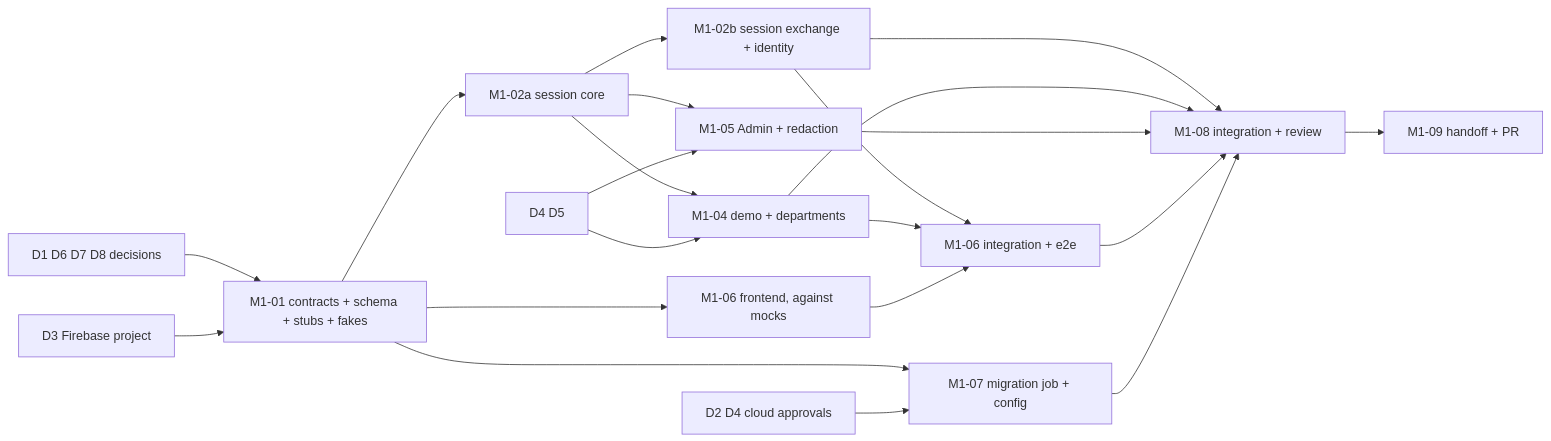
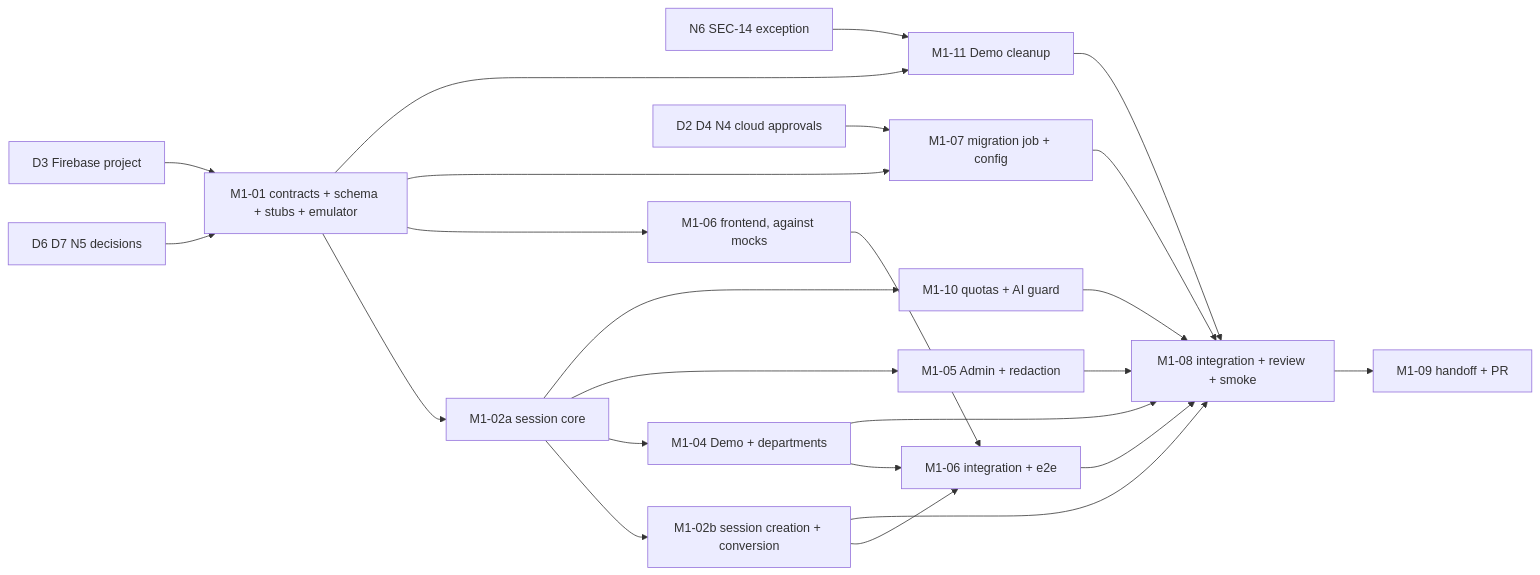
The diagram in docs/milestones/M1/plan.md (BarakTubul/KnowServe), drawn with Mermaid before and after one commit. The commit also changed other lines of this file and 13 other files, not shown here.

````diff
--- a/docs/milestones/M1/plan.md
+++ b/docs/milestones/M1/plan.md
@@ -94,23 +169,26 @@
 ```mermaid
 graph LR
-  D[D1 D6 D7 D8 decisions] --> T01[M1-01 contracts + schema + stubs + fakes]
+  D[D6 D7 N5 decisions] --> T01[M1-01 contracts + schema + stubs + emulator]
   D3[D3 Firebase project] --> T01
+  N6[N6 SEC-14 exception] --> T11
   T01 --> T02a[M1-02a session core]
   T01 --> T06[M1-06 frontend, against mocks]
   T01 --> T07[M1-07 migration job + config]
-  D2[D2 D4 cloud approvals] --> T07
-  T02a --> T02b[M1-02b session exchange + identity]
-  T02a --> T04[M1-04 demo + departments]
+  T01 --> T11[M1-11 Demo cleanup]
+  D2[D2 D4 N4 cloud approvals] --> T07
+  T02a --> T02b[M1-02b session creation + conversion]
+  T02a --> T04[M1-04 Demo + departments]
   T02a --> T05[M1-05 Admin + redaction]
-  D5[D4 D5] --> T04
-  D5 --> T05
+  T02a --> T10[M1-10 quotas + AI guard]
   T02b --> T06int[M1-06 integration + e2e]
   T04 --> T06int
   T06 --> T06int
-  T02b --> T08[M1-08 integration + review]
+  T02b --> T08[M1-08 integration + review + smoke]
   T04 --> T08
   T05 --> T08
+  T10 --> T08
+  T11 --> T08
   T06int --> T08
   T07 --> T08
   T08 --> T09[M1-09 handoff + PR]
 ```
````
